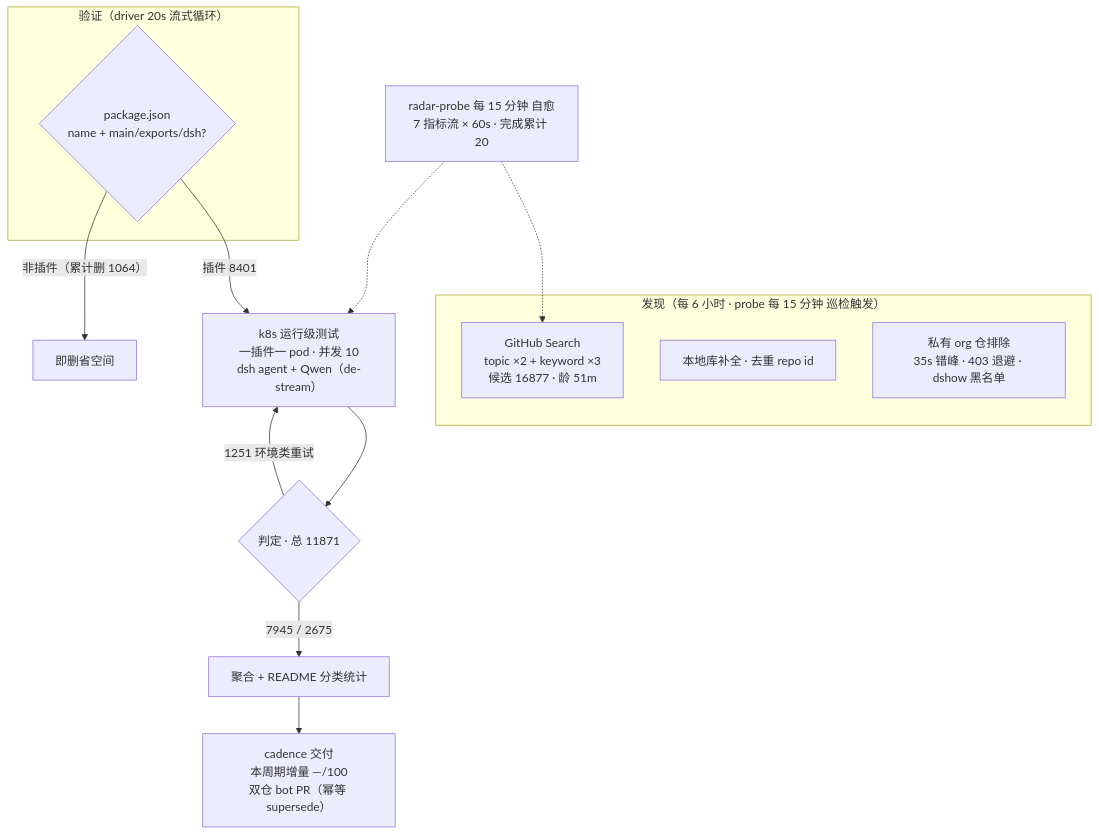
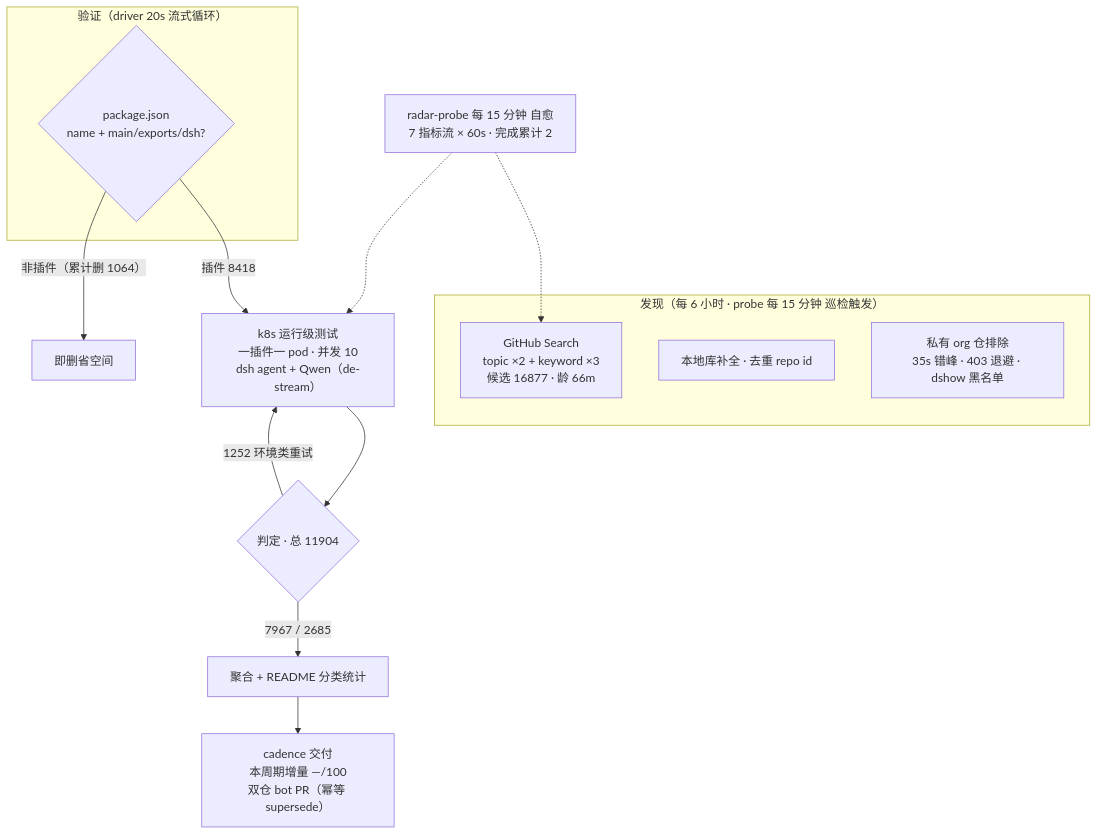
One commit to Zhidao-Lab-OSS/awesome-dsh-plugins changed the diagram in README.md. Above: the diagram before and after it, drawn with Mermaid. The commit also changed other lines of this file and 1 other file, not shown here.

````diff
--- a/README.md
+++ b/README.md
@@ -52,20 +52,20 @@
 ```mermaid
 flowchart TB
     subgraph Discovery["发现（每 6 小时 · probe 每 15 分钟 巡检触发）"]
-        A1["GitHub Search<br/>topic ×2 + keyword ×3<br/>候选 16877 · 龄 51m"]
+        A1["GitHub Search<br/>topic ×2 + keyword ×3<br/>候选 16877 · 龄 66m"]
         A2["本地库补全 · 去重 repo id"]
         A3["私有 org 仓排除<br/>35s 错峰 · 403 退避 · dshow 黑名单"]
     end
     subgraph Validation["验证（driver 20s 流式循环）"]
         B1{"package.json<br/>name + main/exports/dsh?"}
     end
-    B1 -->|"插件 8401"| C1["k8s 运行级测试<br/>一插件一 pod · 并发 10<br/>dsh agent + Qwen（de-stream）"]
+    B1 -->|"插件 8418"| C1["k8s 运行级测试<br/>一插件一 pod · 并发 10<br/>dsh agent + Qwen（de-stream）"]
     B1 -->|"非插件（累计删 1064）"| B3["即删省空间"]
-    C1 --> D1{"判定 · 总 11871"}
-    D1 -->|"7945 / 2675"| E1["聚合 + README 分类统计"]
-    D1 -->|"1251 环境类重试"| C1
+    C1 --> D1{"判定 · 总 11904"}
+    D1 -->|"7967 / 2685"| E1["聚合 + README 分类统计"]
+    D1 -->|"1252 环境类重试"| C1
     E1 --> E2["cadence 交付<br/>本周期增量 —/100<br/>双仓 bot PR（幂等 supersede）"]
-    M["radar-probe 每 15 分钟 自愈<br/>7 指标流 × 60s · 完成累计 20"]
+    M["radar-probe 每 15 分钟 自愈<br/>7 指标流 × 60s · 完成累计 2"]
     M -.-> A1
     M -.-> C1
 ```
````
